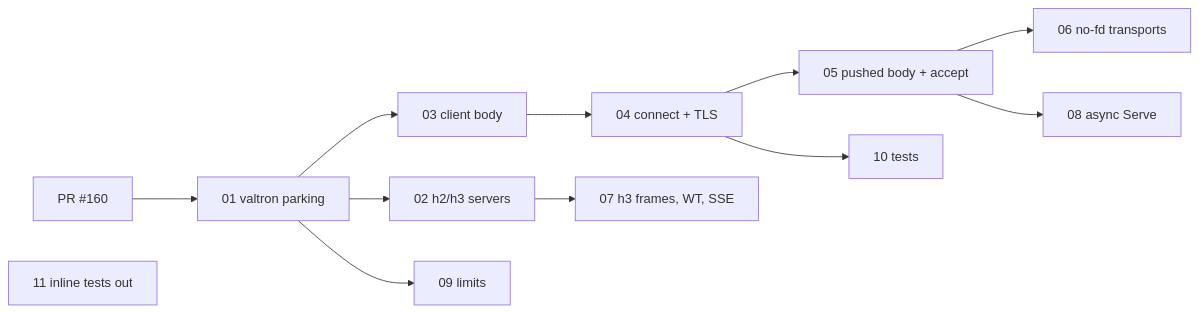
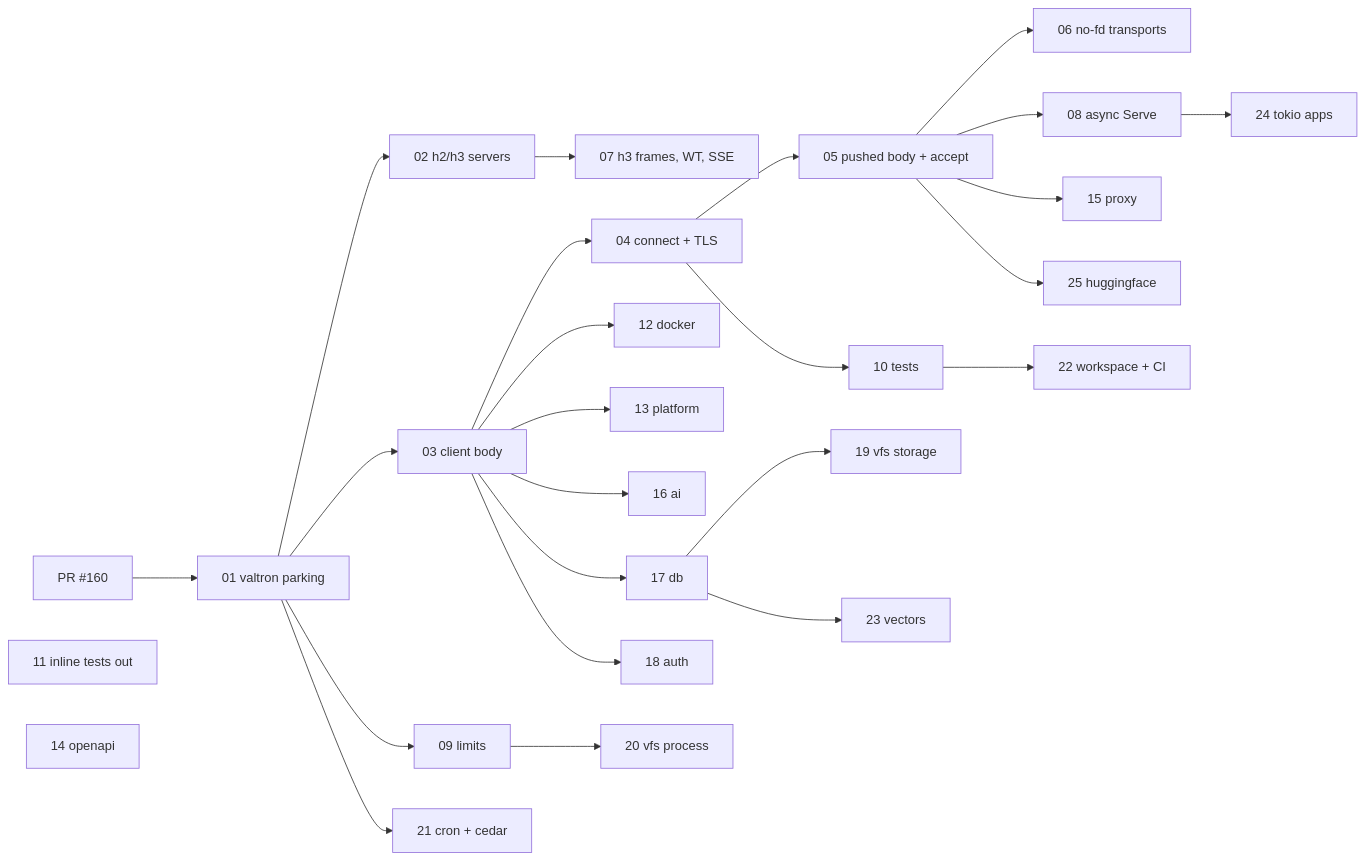
Before and after one commit to ewe-studios/ewe_platform: the diagram in specifications/70-foundational-io-hardening/requirements.md, drawn with Mermaid. The commit also changed other lines of this file and 15 other files, not shown here.

````diff
--- a/specifications/70-foundational-io-hardening/requirements.md
+++ b/specifications/70-foundational-io-hardening/requirements.md
@@ -133,14 +156,28 @@
 ```mermaid
 flowchart LR
     A[PR #160] --> F01[01 valtron parking]
     F01 --> F02[02 h2/h3 servers]
     F01 --> F03[03 client body]
     F01 --> F09[09 limits]
     F03 --> F04[04 connect + TLS]
     F04 --> F05[05 pushed body + accept]
     F05 --> F06[06 no-fd transports]
     F05 --> F08[08 async Serve]
     F02 --> F07[07 h3 frames, WT, SSE]
     F04 --> F10[10 tests]
     F11[11 inline tests out]
+    F03 --> F12[12 docker]
+    F03 --> F13[13 platform]
+    F14[14 openapi]
+    F05 --> F15[15 proxy]
+    F03 --> F16[16 ai]
+    F03 --> F17[17 db]
+    F03 --> F18[18 auth]
+    F17 --> F19[19 vfs storage]
+    F09 --> F20[20 vfs process]
+    F01 --> F21[21 cron + cedar]
+    F10 --> F22[22 workspace + CI]
+    F17 --> F23[23 vectors]
+    F08 --> F24[24 tokio apps]
+    F05 --> F25[25 huggingface]
 ```
````
